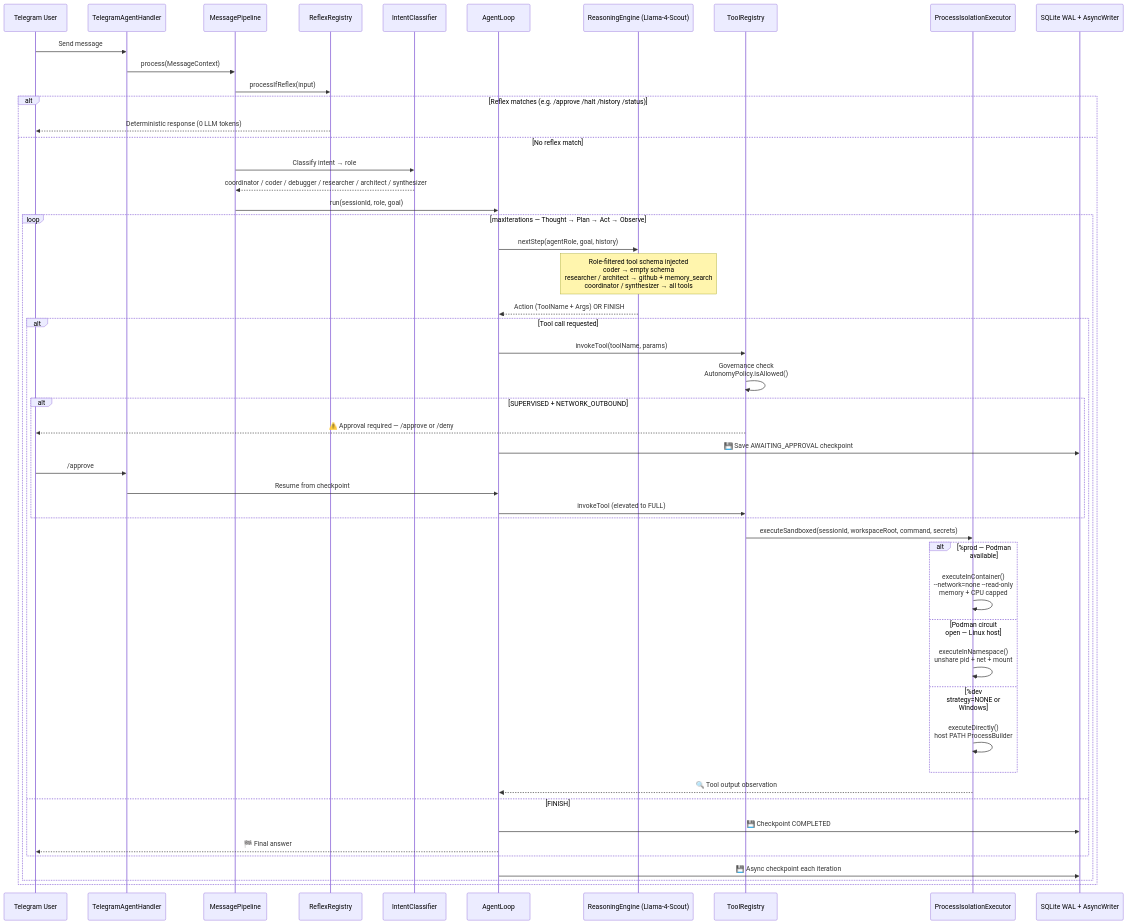
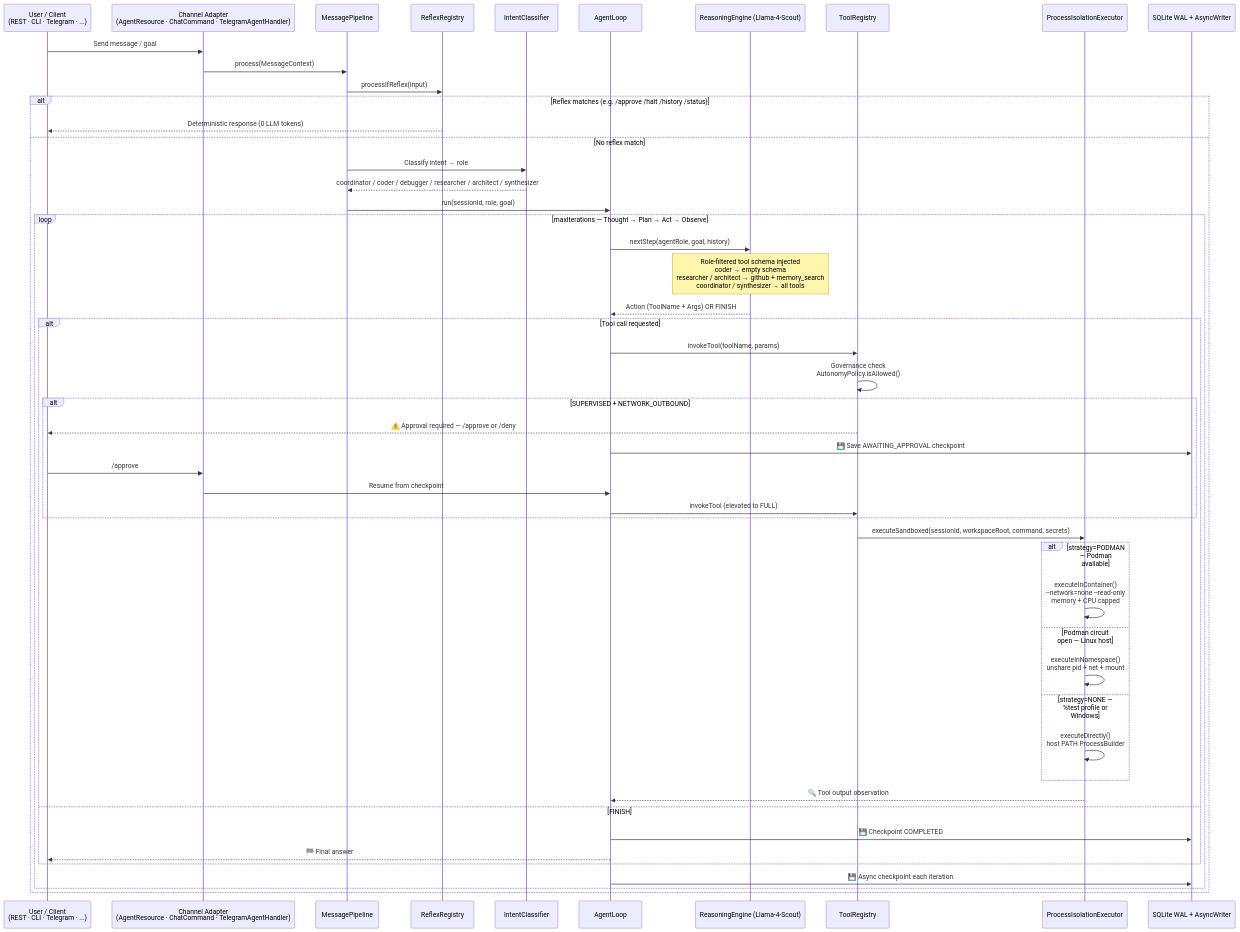
Before and after one commit to rsrini7/AmshaAgent: the second of 5 diagrams in README.md, drawn with Mermaid. The commit also changed other lines of this file, not shown here.

First line of the commit message:
docs: update architecture diagrams to reflect multi-channel support

````diff
--- a/README.md
+++ b/README.md
@@ -201,61 +205,61 @@
 ```mermaid
 sequenceDiagram
-    participant T as Telegram User
-    participant TH as TelegramAgentHandler
+    participant U as User / Client<br/>(REST · CLI · Telegram · ...)
+    participant CH as Channel Adapter<br/>(AgentResource · ChatCommand · TelegramAgentHandler)
     participant PP as MessagePipeline
     participant RR as ReflexRegistry
     participant IC as IntentClassifier
     participant AL as AgentLoop
     participant LLM as ReasoningEngine (Llama-4-Scout)
     participant TR as ToolRegistry
     participant PIE as ProcessIsolationExecutor
     participant DB as SQLite WAL + AsyncWriter
 
-    T->>TH: Send message
-    TH->>PP: process(MessageContext)
+    U->>CH: Send message / goal
+    CH->>PP: process(MessageContext)
 
     PP->>RR: processIfReflex(input)
     alt Reflex matches (e.g. /approve /halt /history /status)
-        RR-->>T: Deterministic response (0 LLM tokens)
+        RR-->>U: Deterministic response (0 LLM tokens)
     else No reflex match
         PP->>IC: Classify intent → role
         IC-->>PP: coordinator / coder / debugger / researcher / architect / synthesizer
         PP->>AL: run(sessionId, role, goal)
 
         loop maxIterations — Thought → Plan → Act → Observe
             AL->>LLM: nextStep(agentRole, goal, history)
             Note over LLM: Role-filtered tool schema injected<br/>coder → empty schema<br/>researcher / architect → github + memory_search<br/>coordinator / synthesizer → all tools
             LLM-->>AL: Action (ToolName + Args) OR FINISH
 
             alt Tool call requested
                 AL->>TR: invokeTool(toolName, params)
                 TR->>TR: Governance check<br/>AutonomyPolicy.isAllowed()
 
                 alt SUPERVISED + NETWORK_OUTBOUND
-                    TR-->>T: ⚠️ Approval required — /approve or /deny
+                    TR-->>U: ⚠️ Approval required — /approve or /deny
                     AL->>DB: 💾 Save AWAITING_APPROVAL checkpoint
-                    T->>TH: /approve
-                    TH->>AL: Resume from checkpoint
+                    U->>CH: /approve
+                    CH->>AL: Resume from checkpoint
                     AL->>TR: invokeTool (elevated to FULL)
                 end
 
                 TR->>PIE: executeSandboxed(sessionId, workspaceRoot, command, secrets)
 
-                alt %prod — Podman available
+                alt strategy=PODMAN — Podman available
                     PIE->>PIE: executeInContainer()<br/>--network=none --read-only<br/>memory + CPU capped
                 else Podman circuit open — Linux host
                     PIE->>PIE: executeInNamespace()<br/>unshare pid + net + mount
-                else %dev strategy=NONE or Windows
+                else strategy=NONE — %test profile or Windows
                     PIE->>PIE: executeDirectly()<br/>host PATH ProcessBuilder
                 end
 
                 PIE-->>AL: 🔍 Tool output observation
             else FINISH
                 AL->>DB: 💾 Checkpoint COMPLETED
-                AL-->>T: 🏁 Final answer
+                AL-->>U: 🏁 Final answer
             end
 
             AL->>DB: 💾 Async checkpoint each iteration
         end
     end
 ```
````
